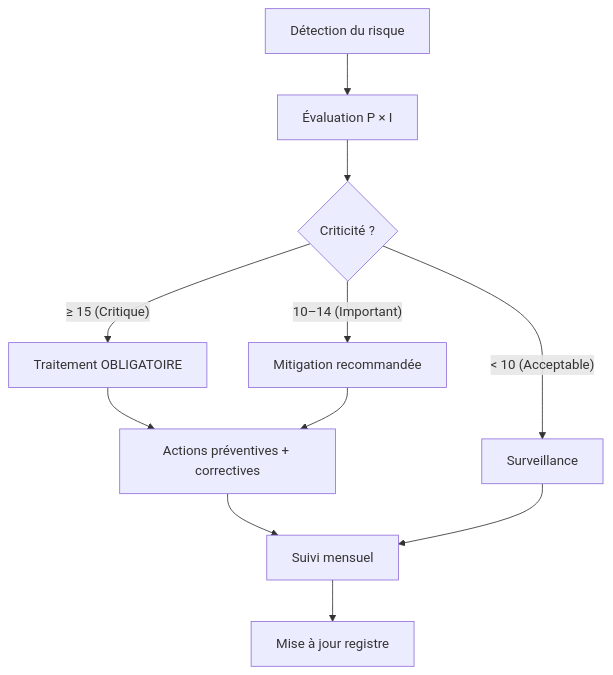
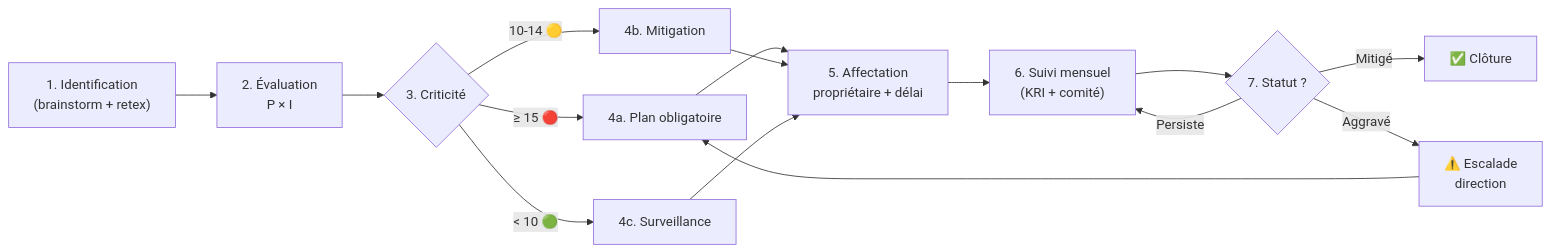
The second of 2 diagrams in 1-document/projet/2-en-cours/gestion-des-risques.md (lucavdb06/flowlearn), drawn with Mermaid before and after one commit. The commit also changed other lines of this file and 3 other files, not shown here.

````diff
--- a/1-document/projet/2-en-cours/gestion-des-risques.md
+++ b/1-document/projet/2-en-cours/gestion-des-risques.md
@@ -188,13 +712,17 @@
 ```mermaid
-flowchart TB
-  DET["Détection du risque"] --> EVAL["Évaluation P × I"]
-  EVAL --> CRIT{Criticité ?}
-  CRIT -->|"≥ 15 (Critique)"| OBLIG["Traitement OBLIGATOIRE"]
-  CRIT -->|"10–14 (Important)"| MITIG["Mitigation recommandée"]
-  CRIT -->|"< 10 (Acceptable)"| SURV["Surveillance"]
-  OBLIG --> ACTION["Actions préventives + correctives"]
-  MITIG --> ACTION
-  ACTION --> SUIVI["Suivi mensuel"]
-  SURV --> SUIVI
-  SUIVI --> MAJ["Mise à jour registre"]
+flowchart LR
+  A["1. Identification<br/>(brainstorm + retex)"] --> B["2. Évaluation<br/>P × I"]
+  B --> C{"3. Criticité"}
+  C -->|"≥ 15 🔴"| D["4a. Plan obligatoire"]
+  C -->|"10-14 🟡"| E["4b. Mitigation"]
+  C -->|"< 10 🟢"| F["4c. Surveillance"]
+  D --> G["5. Affectation<br/>propriétaire + délai"]
+  E --> G
+  F --> G
+  G --> H["6. Suivi mensuel<br/>(KRI + comité)"]
+  H --> I{"7. Statut ?"}
+  I -->|"Mitigé"| J["✅ Clôture"]
+  I -->|"Persiste"| H
+  I -->|"Aggravé"| K["⚠️  Escalade<br/>direction"]
+  K --> D
 ```
````
